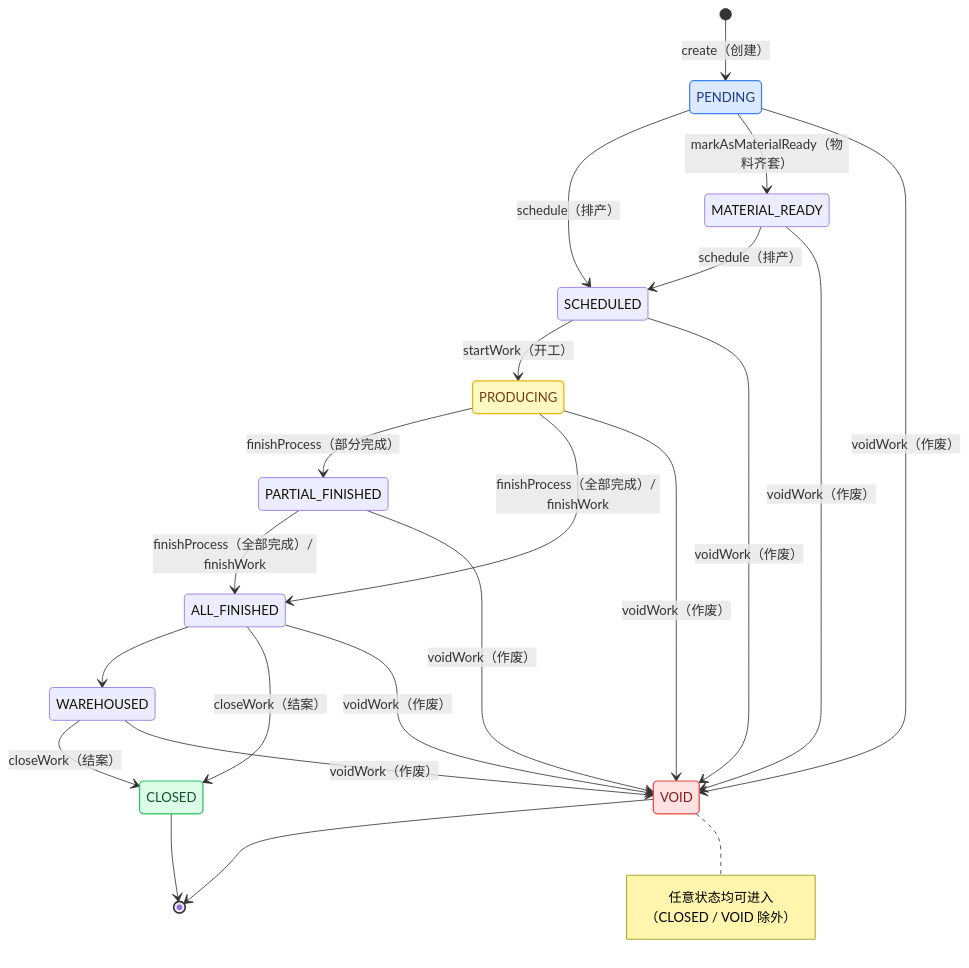
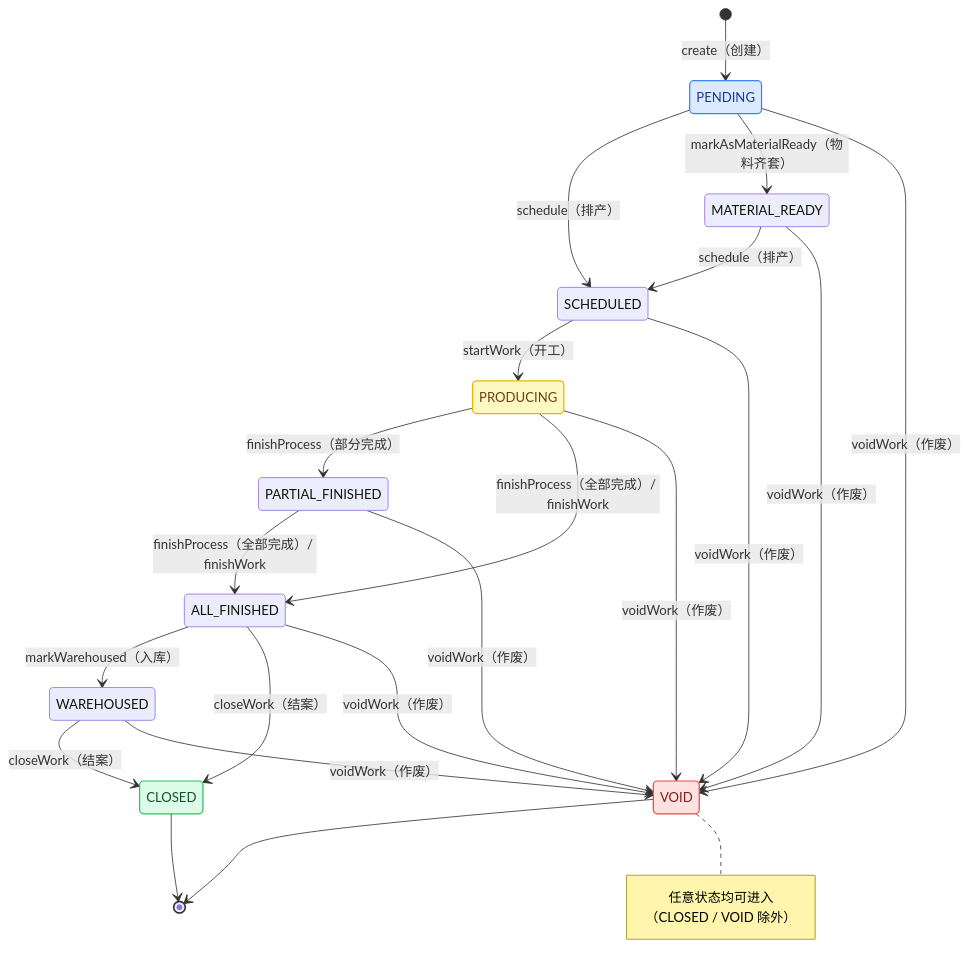
One commit to StevenTsai/distribution-architecture changed the diagram in case-studies/mto-workflow-engine/README.md. Above: the diagram before and after it, drawn with Mermaid. The commit also changed other lines of this file and 36 other files, not shown here.

````diff
--- a/case-studies/mto-workflow-engine/README.md
+++ b/case-studies/mto-workflow-engine/README.md
@@ -21,36 +21,36 @@
 ```mermaid
 stateDiagram-v2
     [*] --> PENDING: create（创建）
     PENDING --> SCHEDULED: schedule（排产）
     PENDING --> MATERIAL_READY: markAsMaterialReady（物料齐套）
     MATERIAL_READY --> SCHEDULED: schedule（排产）
     SCHEDULED --> PRODUCING: startWork（开工）
     PRODUCING --> PARTIAL_FINISHED: finishProcess（部分完成）
     PRODUCING --> ALL_FINISHED: finishProcess（全部完成）/ finishWork
     PARTIAL_FINISHED --> ALL_FINISHED: finishProcess（全部完成）/ finishWork
-    ALL_FINISHED --> WAREHOUSED
+    ALL_FINISHED --> WAREHOUSED: markWarehoused（入库）
     WAREHOUSED --> CLOSED: closeWork（结案）
     ALL_FINISHED --> CLOSED: closeWork（结案）
     PENDING --> VOID: voidWork（作废）
     MATERIAL_READY --> VOID: voidWork（作废）
     SCHEDULED --> VOID: voidWork（作废）
     PRODUCING --> VOID: voidWork（作废）
     PARTIAL_FINISHED --> VOID: voidWork（作废）
     ALL_FINISHED --> VOID: voidWork（作废）
     WAREHOUSED --> VOID: voidWork（作废）
     CLOSED --> [*]
     VOID --> [*]
 
     note right of VOID
         任意状态均可进入（CLOSED / VOID 除外）
     end note
 
     classDef entry fill:#dbeafe,stroke:#3b82f6,color:#1e3a8a,stroke-width:1.5px
     classDef success fill:#dcfce7,stroke:#22c55e,color:#14532d,stroke-width:1.5px
     classDef warning fill:#fef9c3,stroke:#eab308,color:#713f12,stroke-width:1.5px
     classDef danger fill:#fee2e2,stroke:#ef4444,color:#7f1d1d,stroke-width:1.5px
     class PENDING entry
     class PRODUCING warning
     class CLOSED success
     class VOID danger
 ```
````
